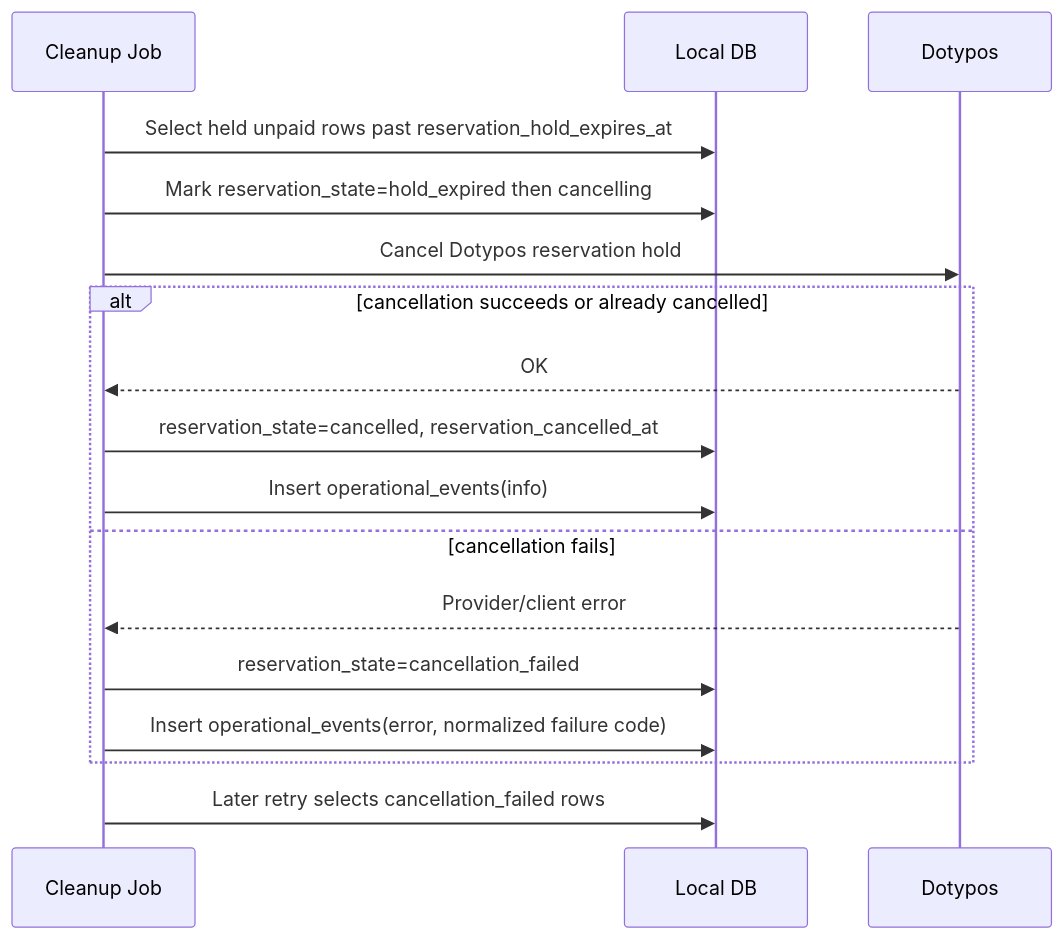
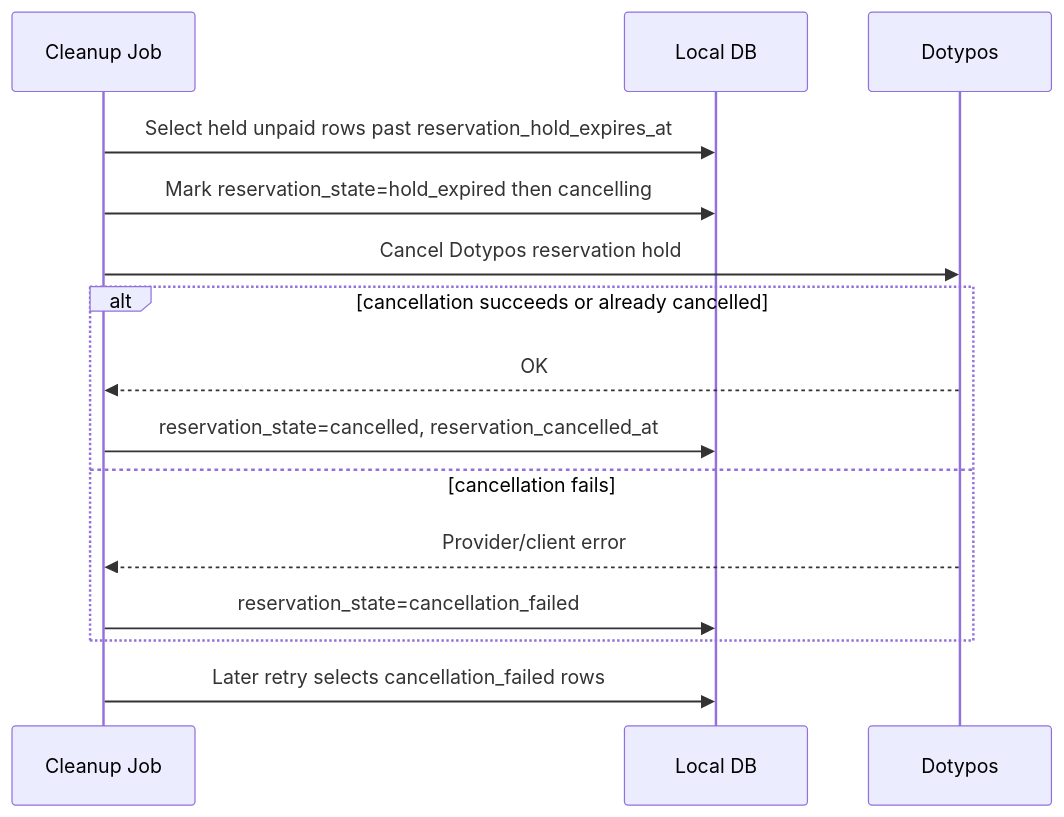
The fifth of 5 diagrams in apps/deskohub-workspace/docs/checkout-lifecycle.md (totalolage/deskohub-site), drawn with Mermaid before and after one commit. The commit also changed other lines of this file and 23 other files, not shown here.

````diff
--- a/apps/deskohub-workspace/docs/checkout-lifecycle.md
+++ b/apps/deskohub-workspace/docs/checkout-lifecycle.md
@@ -423,20 +400,18 @@
 ```mermaid
 sequenceDiagram
   participant Job as Cleanup Job
   participant DB as Local DB
   participant Dotypos
 
   Job->>DB: Select held unpaid rows past reservation_hold_expires_at
   Job->>DB: Mark reservation_state=hold_expired then cancelling
   Job->>Dotypos: Cancel Dotypos reservation hold
   alt cancellation succeeds or already cancelled
     Dotypos-->>Job: OK
     Job->>DB: reservation_state=cancelled, reservation_cancelled_at
-    Job->>DB: Insert operational_events(info)
   else cancellation fails
     Dotypos-->>Job: Provider/client error
     Job->>DB: reservation_state=cancellation_failed
-    Job->>DB: Insert operational_events(error, normalized failure code)
   end
   Job->>DB: Later retry selects cancellation_failed rows
 ```
````
